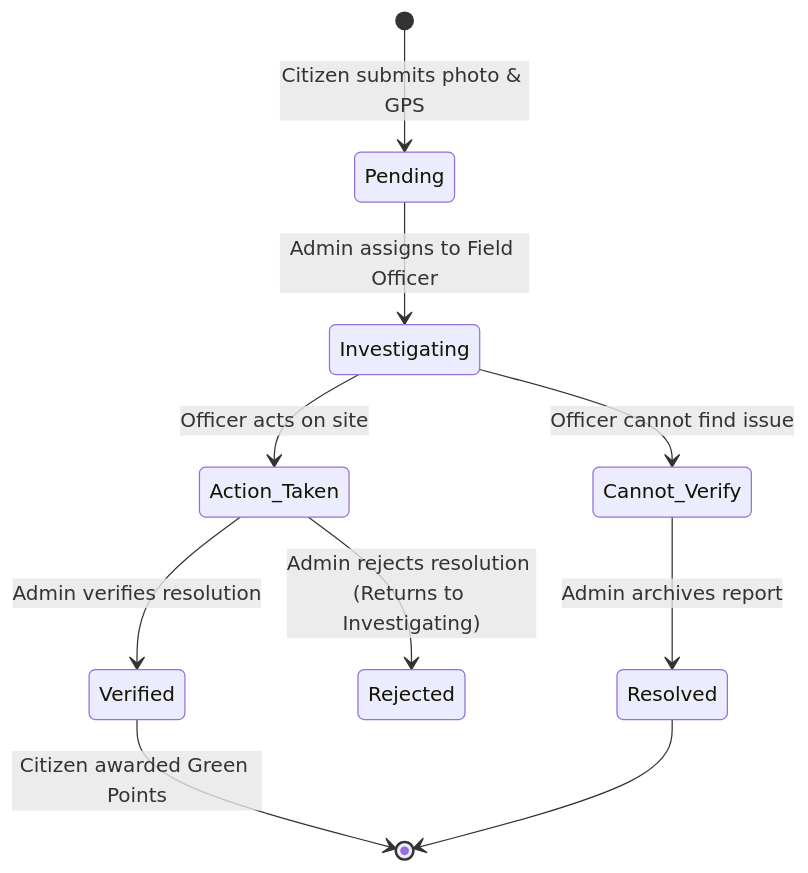
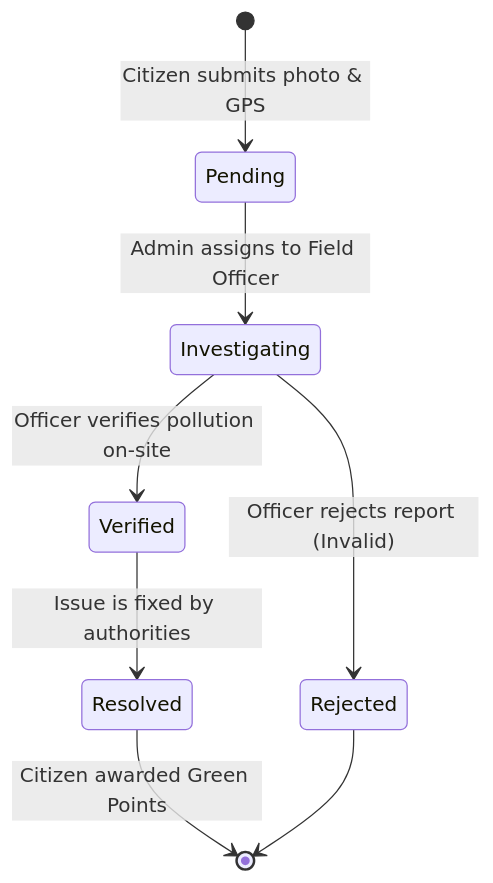
One commit to pankeshbhagore/Local-AQI-Dashboard changed the second of 3 diagrams in README.md. Above: the diagram before and after it, drawn with Mermaid. The commit also changed other lines of this file and 11 other files, not shown here.

````diff
--- a/README.md
+++ b/README.md
@@ -64,14 +64,11 @@
 ```mermaid
 stateDiagram-v2
     [*] --> Pending : Citizen submits photo & GPS
     Pending --> Investigating : Admin assigns to Field Officer
-    Investigating --> Action_Taken : Officer acts on site
-    Investigating --> Cannot_Verify : Officer cannot find issue
+    Investigating --> Verified : Officer verifies pollution on-site
+    Investigating --> Rejected : Officer rejects report (Invalid)
     
-    Action_Taken --> Verified : Admin verifies resolution
-    Action_Taken --> Rejected : Admin rejects resolution (Returns to Investigating)
-    Cannot_Verify --> Resolved : Admin archives report
-    
-    Verified --> [*] : Citizen awarded Green Points
-    Resolved --> [*]
+    Verified --> Resolved : Issue is fixed by authorities
+    Resolved --> [*] : Citizen awarded Green Points
+    Rejected --> [*]
 ```
````
